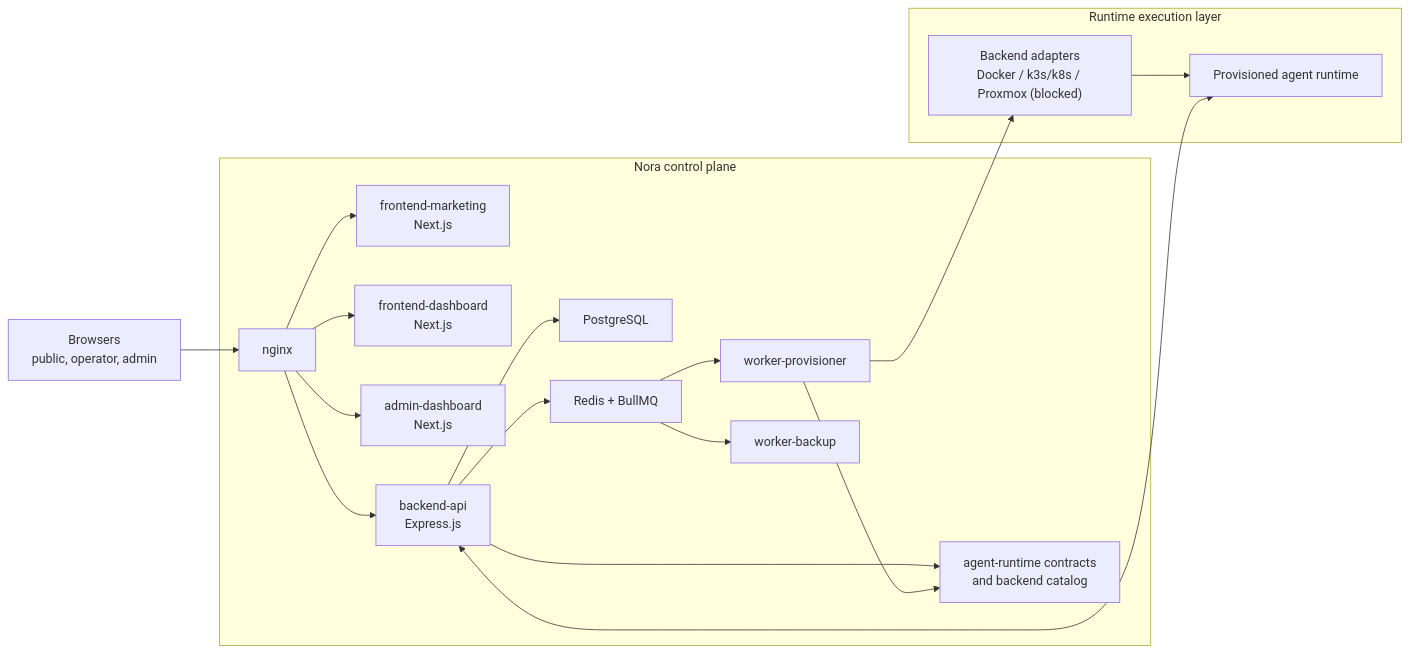
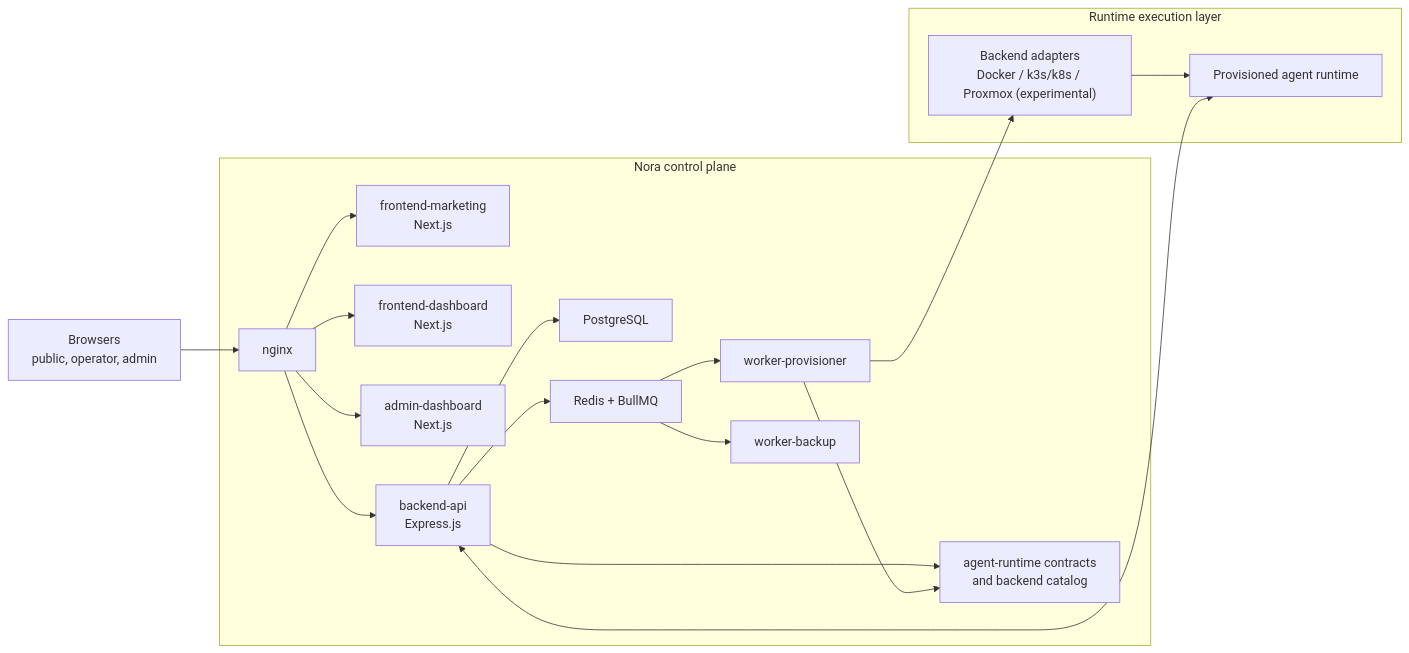
One commit to MichaelAtram/nora changed the first of 3 diagrams in docs/concepts/architecture.mdx. Above: the diagram before and after it, drawn with Mermaid. The commit also changed other lines of this file and 180 other files, not shown here.

````diff
--- a/docs/concepts/architecture.mdx
+++ b/docs/concepts/architecture.mdx
@@ -13,23 +13,23 @@
 ```mermaid theme={null}
 flowchart LR
     Browser["Browsers<br/>public, operator, admin"] --> Nginx["nginx"]
 
     subgraph ControlPlane["Nora control plane"]
         Nginx --> Marketing["frontend-marketing<br/>Next.js"]
         Nginx --> Dashboard["frontend-dashboard<br/>Next.js"]
         Nginx --> Admin["admin-dashboard<br/>Next.js"]
         Nginx --> API["backend-api<br/>Express.js"]
         API --> Postgres["PostgreSQL"]
         API --> Redis["Redis + BullMQ"]
         Redis --> Provisioner["worker-provisioner"]
         Redis --> BackupWorker["worker-backup"]
         API --> Contracts["agent-runtime contracts<br/>and backend catalog"]
         Provisioner --> Contracts
     end
 
     subgraph RuntimeInfra["Runtime execution layer"]
-        Provisioner --> Adapters["Backend adapters<br/>Docker / k3s/k8s / Proxmox (blocked)"]
+        Provisioner --> Adapters["Backend adapters<br/>Docker / k3s/k8s / Proxmox (experimental)"]
         Adapters --> Runtime["Provisioned agent runtime"]
         API <--> Runtime
     end
 ```
````
